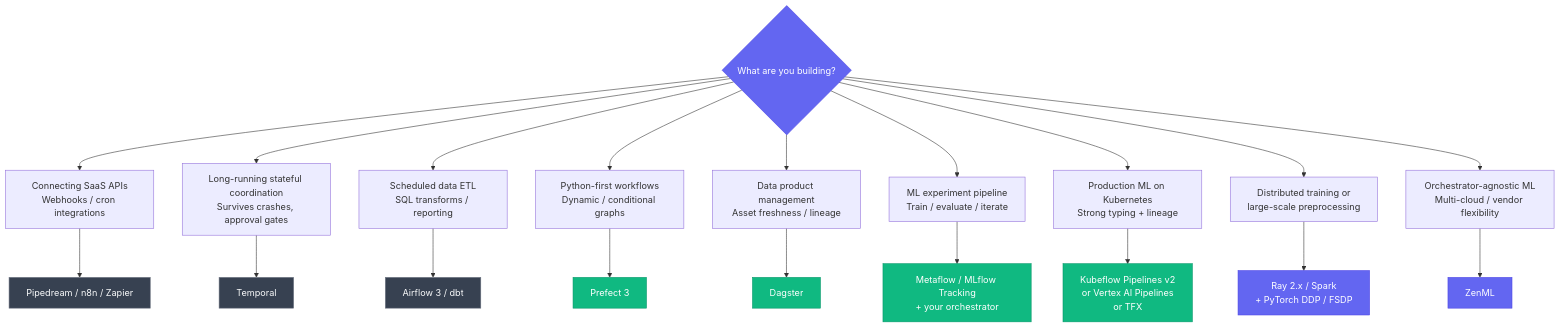
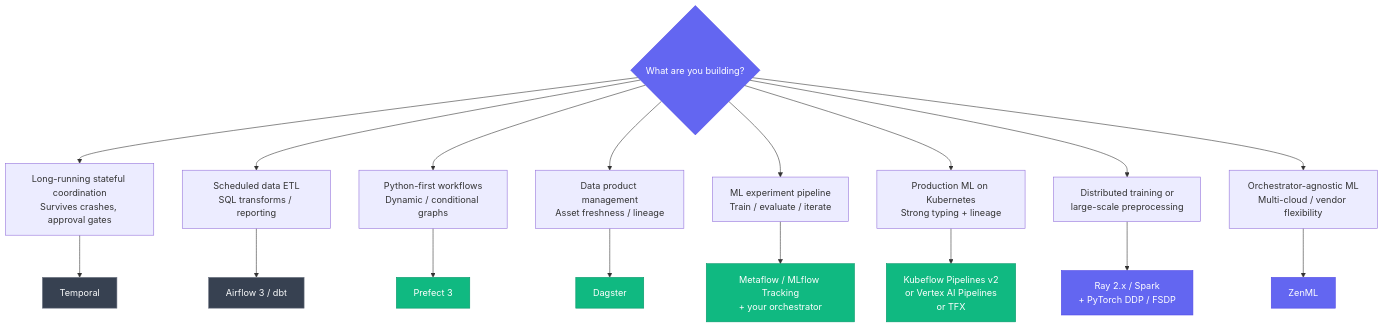
Before and after one commit to gopikrishtummala/gopikrishtummala.github.io: the seventh of 7 diagrams in src/data/blog/mlops/ml-pipeline-orchestration-layers.md, drawn with Mermaid. The commit also changed other lines of this file, not shown here.

First line of the commit message:
Remove Pipedream, add MapReduce foundation to orchestration article

````diff
--- a/src/data/blog/mlops/ml-pipeline-orchestration-layers.md
+++ b/src/data/blog/mlops/ml-pipeline-orchestration-layers.md
@@ -547,33 +573,30 @@
 ```mermaid
 flowchart TD
-    A{What are you building?} --> B[Connecting SaaS APIs\nWebhooks / cron integrations]
-    A --> C[Long-running stateful coordination\nSurvives crashes, approval gates]
+    A{What are you building?} --> C[Long-running stateful coordination\nSurvives crashes, approval gates]
     A --> D[Scheduled data ETL\nSQL transforms / reporting]
     A --> E[Python-first workflows\nDynamic / conditional graphs]
     A --> F[Data product management\nAsset freshness / lineage]
     A --> G[ML experiment pipeline\nTrain / evaluate / iterate]
     A --> H[Production ML on Kubernetes\nStrong typing + lineage]
     A --> I[Distributed training or\nlarge-scale preprocessing]
     A --> J[Orchestrator-agnostic ML\nMulti-cloud / vendor flexibility]
 
-    B --> B1[Pipedream / n8n / Zapier]
     C --> C1[Temporal]
     D --> D1[Airflow 3 / dbt]
     E --> E1[Prefect 3]
     F --> F1[Dagster]
     G --> G1[Metaflow / MLflow Tracking\n+ your orchestrator]
     H --> H1[Kubeflow Pipelines v2\nor Vertex AI Pipelines\nor TFX]
     I --> I1[Ray 2.x / Spark\n+ PyTorch DDP / FSDP]
     J --> J1[ZenML]
 
     style A fill:#6366f1,stroke:#4f46e5,color:#fff
-    style B1 fill:#374151,stroke:#6b7280,color:#f9fafb
     style C1 fill:#374151,stroke:#6b7280,color:#f9fafb
     style D1 fill:#374151,stroke:#6b7280,color:#f9fafb
     style E1 fill:#10b981,stroke:#059669,color:#fff
     style F1 fill:#10b981,stroke:#059669,color:#fff
     style G1 fill:#10b981,stroke:#059669,color:#fff
     style H1 fill:#10b981,stroke:#059669,color:#fff
     style I1 fill:#6366f1,stroke:#4f46e5,color:#fff
     style J1 fill:#6366f1,stroke:#4f46e5,color:#fff
 ```
````
